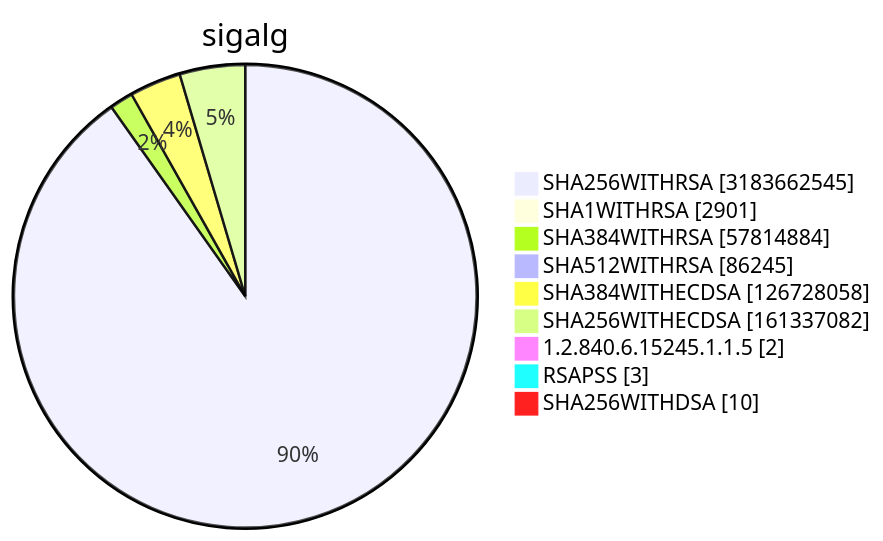
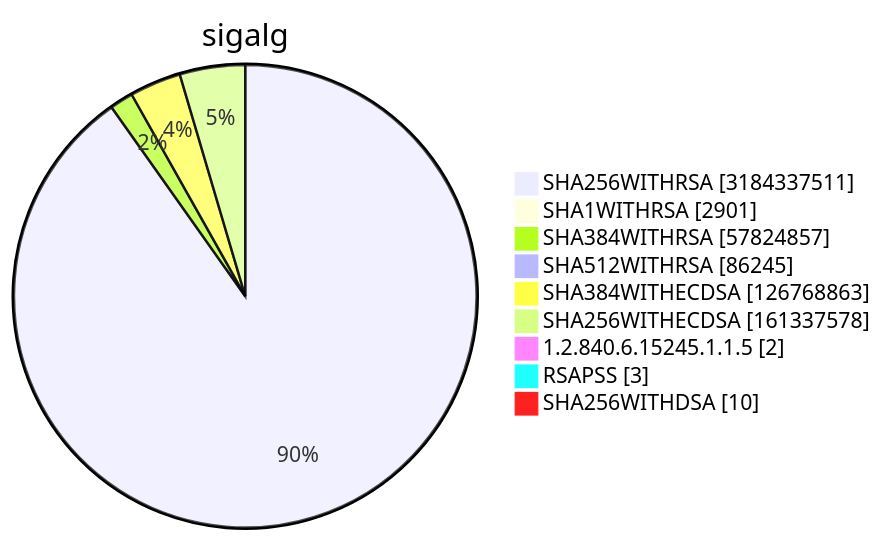
Diagram 15 of 15 in TOTAL/README.md (christiankrug/ctmonitor_visualization), drawn with Mermaid before and after one commit. The commit also changed other lines of this file, not shown here.

````diff
--- a/TOTAL/README.md
+++ b/TOTAL/README.md
@@ -6216,13 +6216,13 @@
 ```mermaid
 pie showData
 title sigalg
-"SHA256WITHRSA" :3183662545
+"SHA256WITHRSA" :3184337511
 "SHA1WITHRSA" :2901
-"SHA384WITHRSA" :57814884
+"SHA384WITHRSA" :57824857
 "SHA512WITHRSA" :86245
-"SHA384WITHECDSA" :126728058
-"SHA256WITHECDSA" :161337082
+"SHA384WITHECDSA" :126768863
+"SHA256WITHECDSA" :161337578
 "1.2.840.6.15245.1.1.5" :2
 "RSAPSS" :3
 "SHA256WITHDSA" :10
 ```
````
